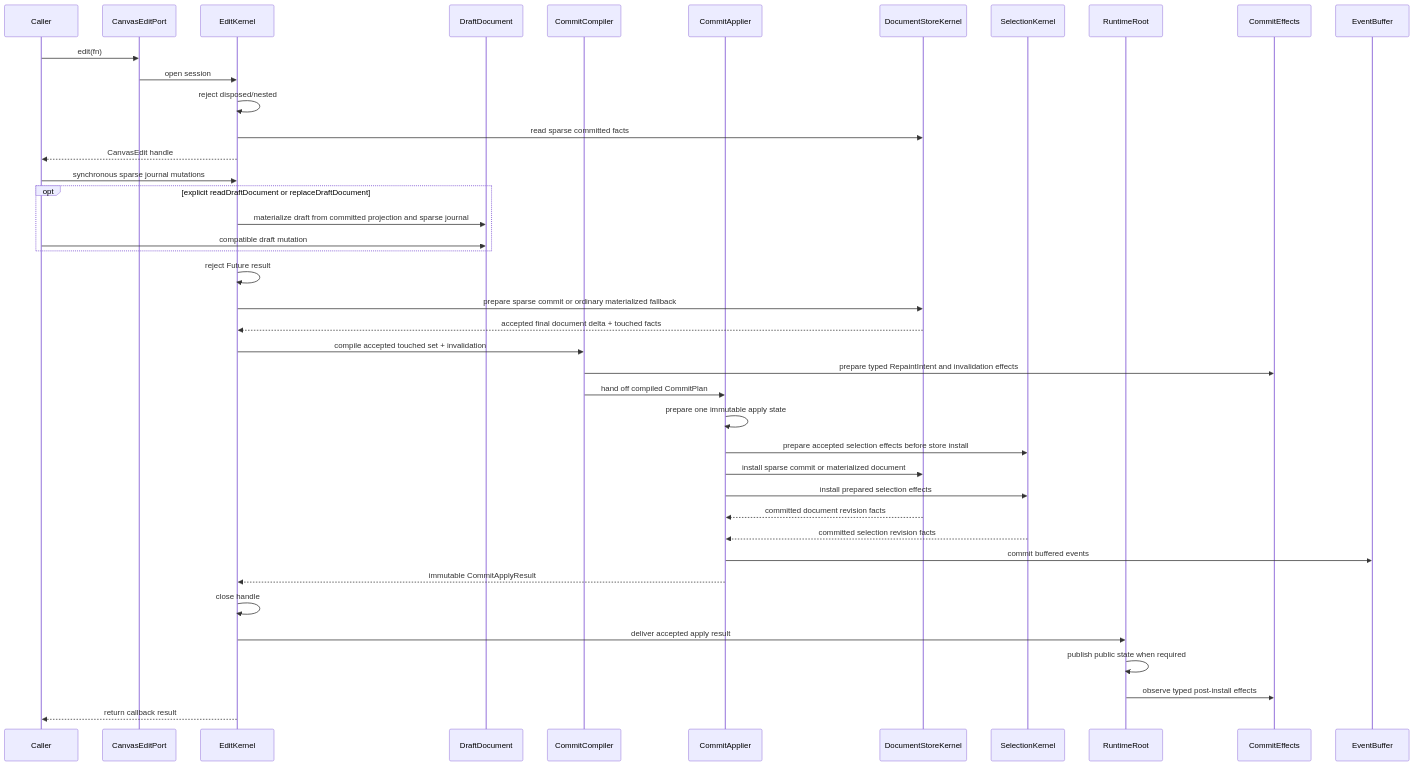
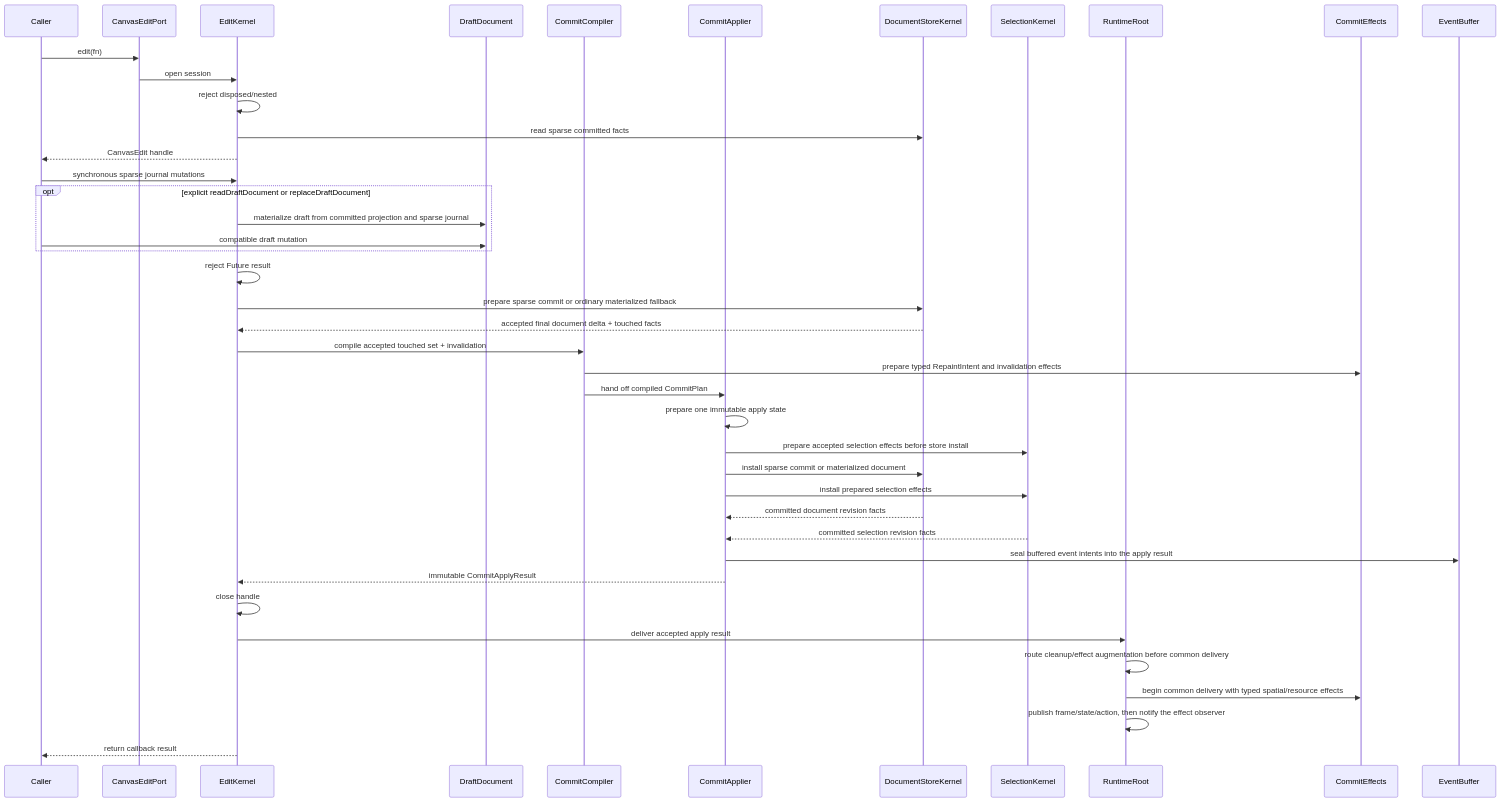
One commit to GreatPika/iwb_canvas_engine changed the first of 2 diagrams in docs/contracts/edit_kernel.md. Above: the diagram before and after it, drawn with Mermaid. The commit also changed other lines of this file and 18 other files, not shown here.

First line of the commit message:
test(runtime): lock non-text route delivery order

````diff
--- a/docs/contracts/edit_kernel.md
+++ b/docs/contracts/edit_kernel.md
@@ -46,44 +46,45 @@
 ```mermaid
 sequenceDiagram
   participant Caller
   participant API as CanvasEditPort
   participant EK as EditKernel
   participant Draft as DraftDocument
   participant CC as CommitCompiler
   participant Applier as CommitApplier
   participant Store as DocumentStoreKernel
   participant Selection as SelectionKernel
   participant Runtime as RuntimeRoot
   participant Effects as CommitEffects
   participant Events as EventBuffer
 
   Caller->>API: edit(fn)
   API->>EK: open session
   EK->>EK: reject disposed/nested
   EK->>Store: read sparse committed facts
   EK-->>Caller: CanvasEdit handle
   Caller->>EK: synchronous sparse journal mutations
   opt explicit readDraftDocument or replaceDraftDocument
     EK->>Draft: materialize draft from committed projection and sparse journal
     Caller->>Draft: compatible draft mutation
   end
   EK->>EK: reject Future result
   EK->>Store: prepare sparse commit or ordinary materialized fallback
   Store-->>EK: accepted final document delta + touched facts
   EK->>CC: compile accepted touched set + invalidation
   CC->>Effects: prepare typed RepaintIntent and invalidation effects
   CC->>Applier: hand off compiled CommitPlan
   Applier->>Applier: prepare one immutable apply state
   Applier->>Selection: prepare accepted selection effects before store install
   Applier->>Store: install sparse commit or materialized document
   Applier->>Selection: install prepared selection effects
   Store-->>Applier: committed document revision facts
   Selection-->>Applier: committed selection revision facts
-  Applier->>Events: commit buffered events
+  Applier->>Events: seal buffered event intents into the apply result
   Applier-->>EK: immutable CommitApplyResult
   EK->>EK: close handle
   EK->>Runtime: deliver accepted apply result
-  Runtime->>Runtime: publish public state when required
-  Runtime->>Effects: observe typed post-install effects
+  Runtime->>Runtime: route cleanup/effect augmentation before common delivery
+  Runtime->>Effects: begin common delivery with typed spatial/resource effects
+  Runtime->>Runtime: publish frame/state/action, then notify the effect observer
   EK-->>Caller: return callback result
 ```
````
